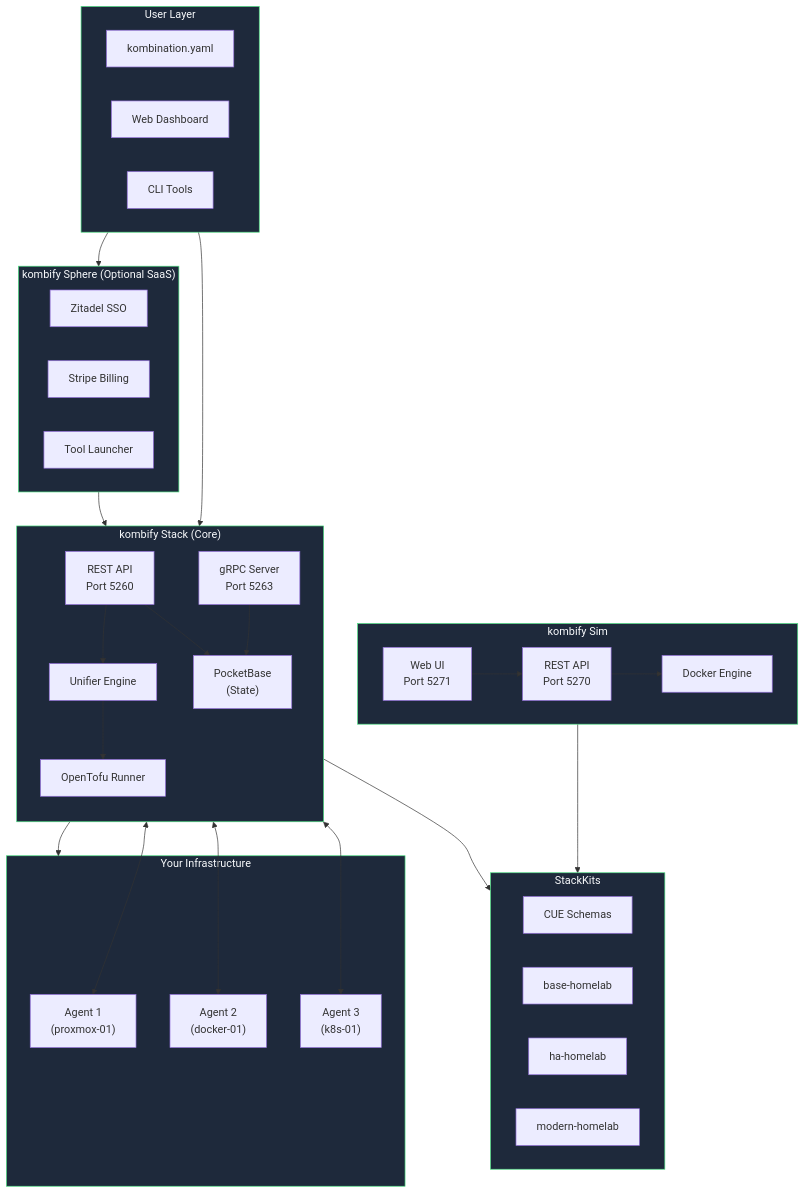
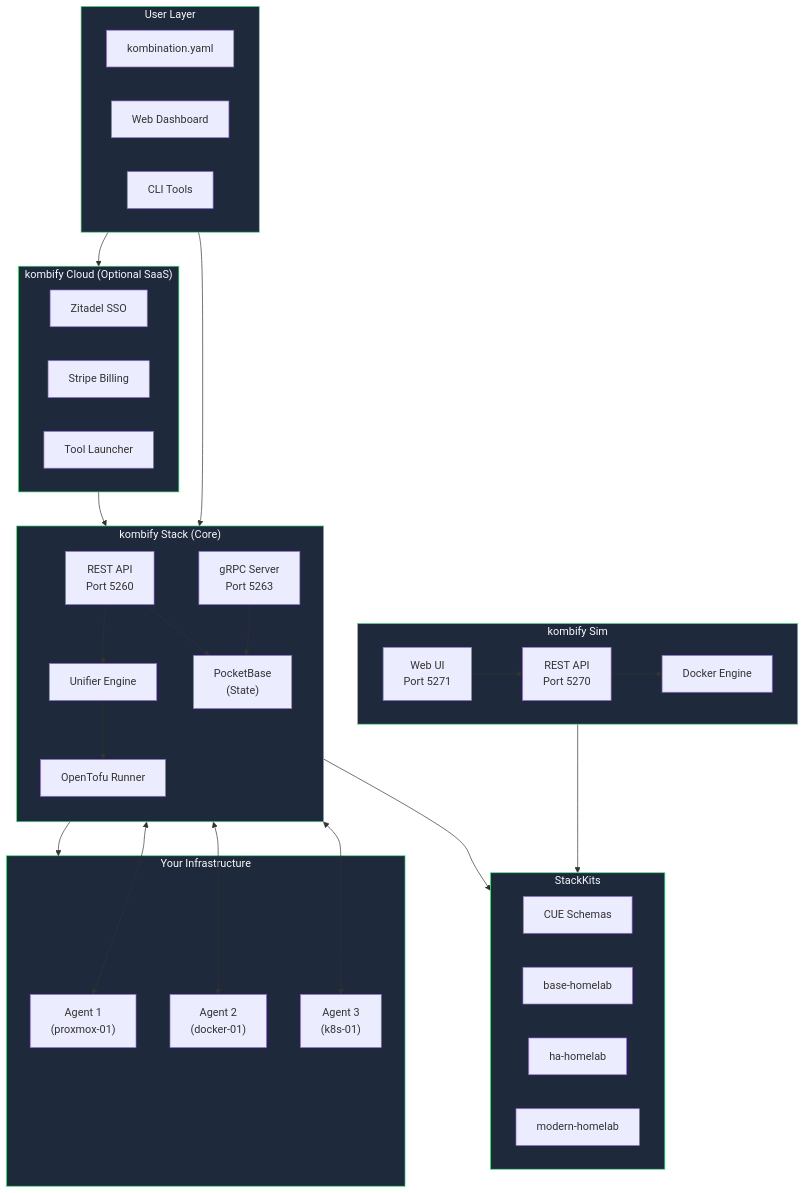
The first of 9 diagrams in concepts/architecture.mdx (KombiverseLabs/docs), drawn with Mermaid before and after one commit. The commit also changed other lines of this file and 114 other files, not shown here.

Commit message:
refactor: rename Sphere to Cloud, update base-homelab scope, remove dup headers

````diff
--- a/concepts/architecture.mdx
+++ b/concepts/architecture.mdx
@@ -11,68 +11,68 @@
 ```mermaid
 graph TB
     subgraph User["User Layer"]
         YAML["kombination.yaml"]
         UI["Web Dashboard"]
         CLI["CLI Tools"]
     end
 
-    subgraph Sphere["kombify Sphere (Optional SaaS)"]
+    subgraph Cloud["kombify Cloud (Optional SaaS)"]
         direction LR
         Auth["Zitadel SSO"]
         Billing["Stripe Billing"]
         Launcher["Tool Launcher"]
     end
 
     subgraph Stack["kombify Stack (Core)"]
         direction TB
         API["REST API<br/>Port 5260"]
         gRPC["gRPC Server<br/>Port 5263"]
         Unifier["Unifier Engine"]
         ToFu["OpenTofu Runner"]
         PB["PocketBase<br/>(State)"]
         
         API --> Unifier
         Unifier --> ToFu
         API --> PB
         gRPC --> PB
     end
 
     subgraph Sim["kombify Sim"]
         SimAPI["REST API<br/>Port 5270"]
         SimUI["Web UI<br/>Port 5271"]
         Docker["Docker Engine"]
         
         SimUI --> SimAPI
         SimAPI --> Docker
     end
 
     subgraph StackKits["StackKits"]
         CUE["CUE Schemas"]
         Base["base-homelab"]
         HA["ha-homelab"]
         Modern["modern-homelab"]
     end
 
     subgraph Infra["Your Infrastructure"]
         Agent1["Agent 1<br/>(proxmox-01)"]
         Agent2["Agent 2<br/>(docker-01)"]
         Agent3["Agent 3<br/>(k8s-01)"]
     end
 
-    User --> Sphere
+    User --> Cloud
     User --> Stack
-    Sphere --> Stack
+    Cloud --> Stack
     
     Stack --> StackKits
     Sim --> StackKits
     
     gRPC <--> Agent1 & Agent2 & Agent3
     ToFu --> Infra
 
     style User fill:#1e293b,stroke:#4ade80,color:#f8fafc
-    style Sphere fill:#1e293b,stroke:#4ade80,color:#f8fafc
+    style Cloud fill:#1e293b,stroke:#4ade80,color:#f8fafc
     style Stack fill:#1e293b,stroke:#4ade80,color:#f8fafc
     style Sim fill:#1e293b,stroke:#4ade80,color:#f8fafc
     style StackKits fill:#1e293b,stroke:#4ade80,color:#f8fafc
     style Infra fill:#1e293b,stroke:#4ade80,color:#f8fafc
 ```
````
